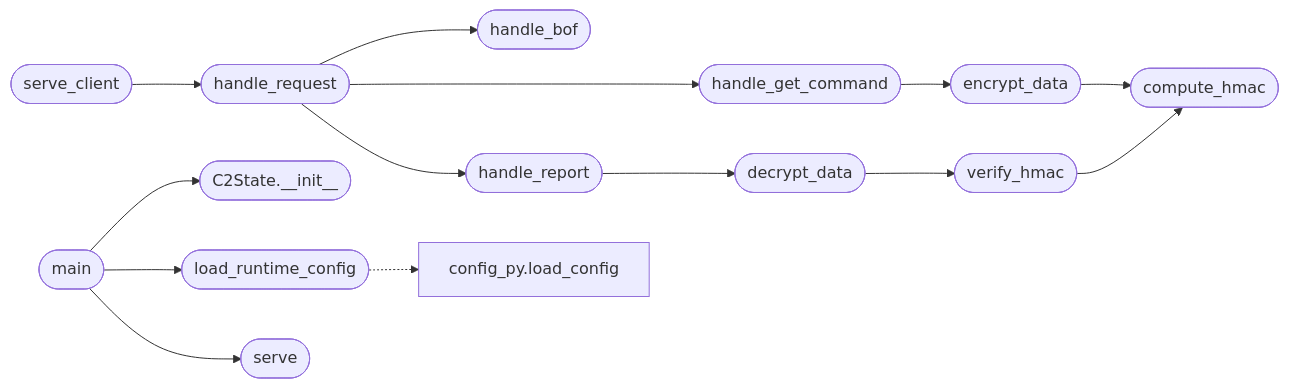
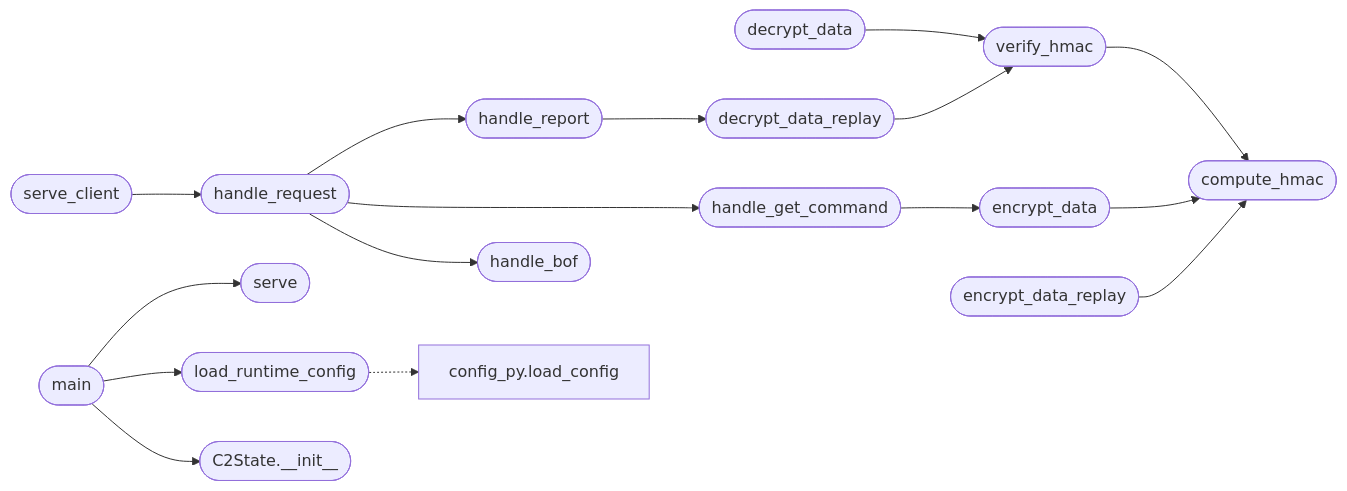
One commit to grisuno/blacksandbeacon changed the diagram in readmenator-apidocs/modules/c2.server.py.md. Above: the diagram before and after it, drawn with Mermaid. The commit also changed other lines of this file and 380 other files, not shown here.

````diff
--- a/readmenator-apidocs/modules/c2.server.py.md
+++ b/readmenator-apidocs/modules/c2.server.py.md
@@ -30,30 +30,34 @@
 ```mermaid
 flowchart LR
     n_c2_server_py__verify_hmac(["verify_hmac"])
     n_c2_server_py__compute_hmac(["compute_hmac"])
     n_c2_server_py__encrypt_data(["encrypt_data"])
+    n_c2_server_py__encrypt_data_replay(["encrypt_data_replay"])
     n_c2_server_py__decrypt_data(["decrypt_data"])
+    n_c2_server_py__decrypt_data_replay(["decrypt_data_replay"])
     n_c2_server_py__handle_get_command(["handle_get_command"])
     n_c2_server_py__handle_report(["handle_report"])
     n_c2_server_py__handle_request(["handle_request"])
     n_c2_server_py__handle_bof(["handle_bof"])
     n_c2_server_py__serve_client(["serve_client"])
     n_c2_server_py__main(["main"])
     n_c2_server_py__C2State___init__(["C2State.__init__"])
     n_c2_server_py__load_runtime_config(["load_runtime_config"])
     n_c2_server_py__serve(["serve"])
     n_include_config_py_py__load_config["config_py.load_config"]
     n_c2_server_py__verify_hmac --> n_c2_server_py__compute_hmac
     n_c2_server_py__encrypt_data --> n_c2_server_py__compute_hmac
+    n_c2_server_py__encrypt_data_replay --> n_c2_server_py__compute_hmac
     n_c2_server_py__decrypt_data --> n_c2_server_py__verify_hmac
+    n_c2_server_py__decrypt_data_replay --> n_c2_server_py__verify_hmac
     n_c2_server_py__handle_get_command --> n_c2_server_py__encrypt_data
-    n_c2_server_py__handle_report --> n_c2_server_py__decrypt_data
+    n_c2_server_py__handle_report --> n_c2_server_py__decrypt_data_replay
     n_c2_server_py__handle_request --> n_c2_server_py__handle_bof
     n_c2_server_py__handle_request --> n_c2_server_py__handle_get_command
     n_c2_server_py__handle_request --> n_c2_server_py__handle_report
     n_c2_server_py__serve_client --> n_c2_server_py__handle_request
     n_c2_server_py__main --> n_c2_server_py__C2State___init__
     n_c2_server_py__main --> n_c2_server_py__load_runtime_config
     n_c2_server_py__main --> n_c2_server_py__serve
     n_c2_server_py__load_runtime_config -.-> n_include_config_py_py__load_config
 ```
````
